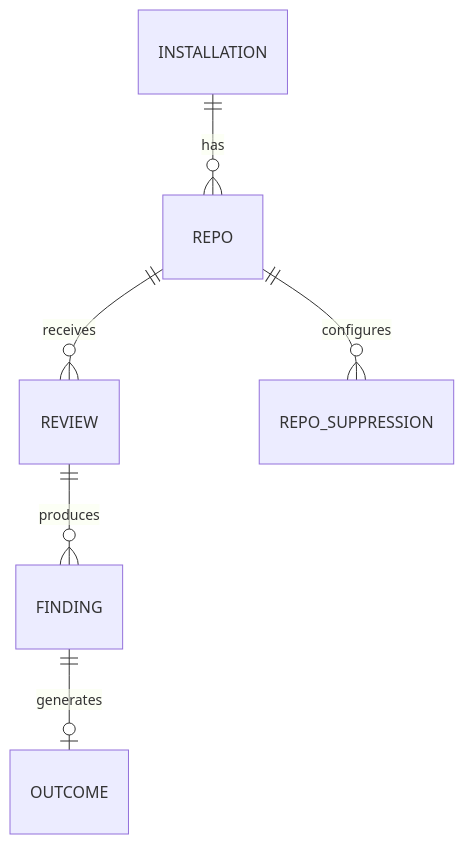
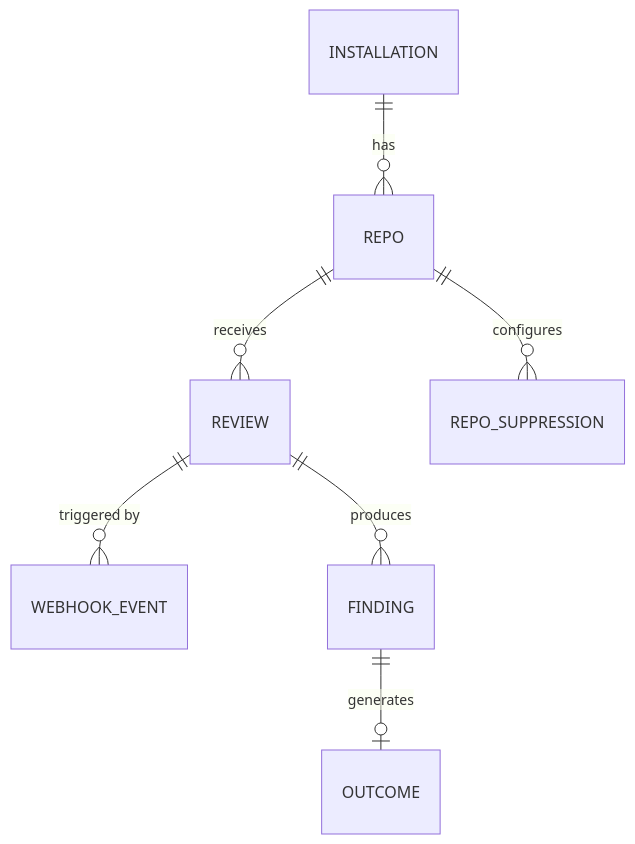
One commit to kaur-devs/PR-Review-Copilot changed the diagram in docs/07_Database_Design.md. Above: the diagram before and after it, drawn with Mermaid. The commit also changed other lines of this file and 6 other files, not shown here.

````diff
--- a/docs/07_Database_Design.md
+++ b/docs/07_Database_Design.md
@@ -52,8 +73,9 @@
 ```mermaid
 erDiagram
     INSTALLATION ||--o{ REPO : has
     REPO ||--o{ REVIEW : receives
+    REVIEW ||--o{ WEBHOOK_EVENT : "triggered by"
     REVIEW ||--o{ FINDING : produces
     FINDING ||--o| OUTCOME : generates
     REPO ||--o{ REPO_SUPPRESSION : configures
 ```
````
